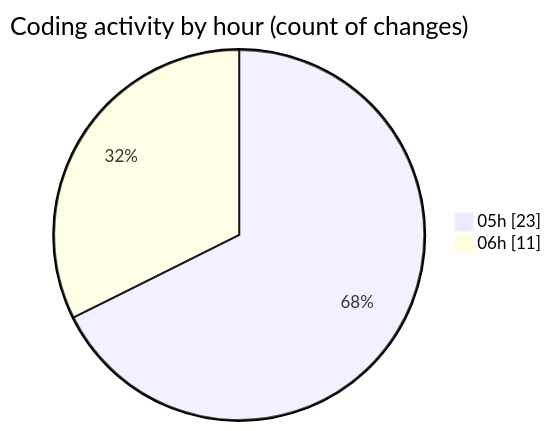
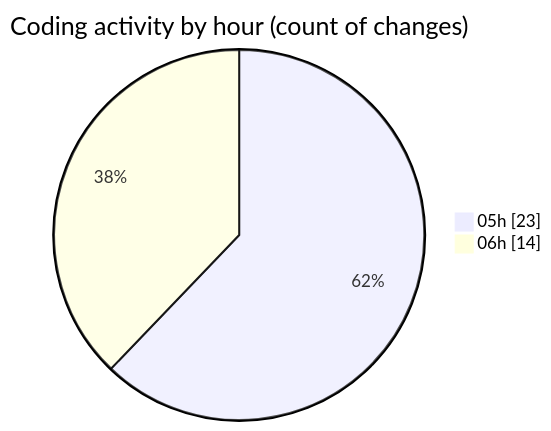
The second of 2 diagrams in 2025-05-21/fixme24/README.md (FixMe24/code-tracking), drawn with Mermaid before and after one commit. The commit also changed other lines of this file and 1 other file, not shown here.

````diff
--- a/2025-05-21/fixme24/README.md
+++ b/2025-05-21/fixme24/README.md
@@ -43,6 +45,6 @@
 ```mermaid
 pie showData
 title Coding activity by hour (count of changes)
 "05h" : 23
-"06h" : 11
+"06h" : 14
 ```
````
